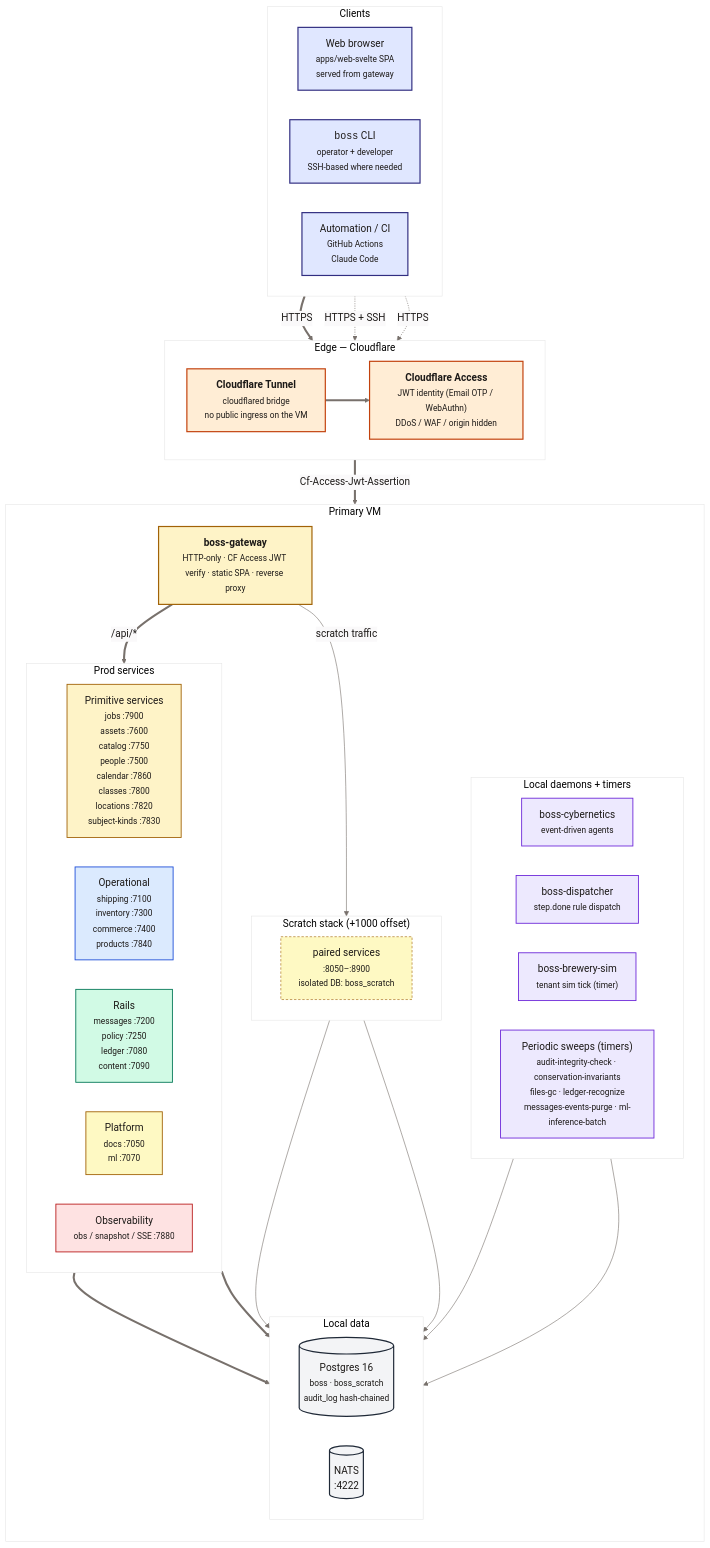
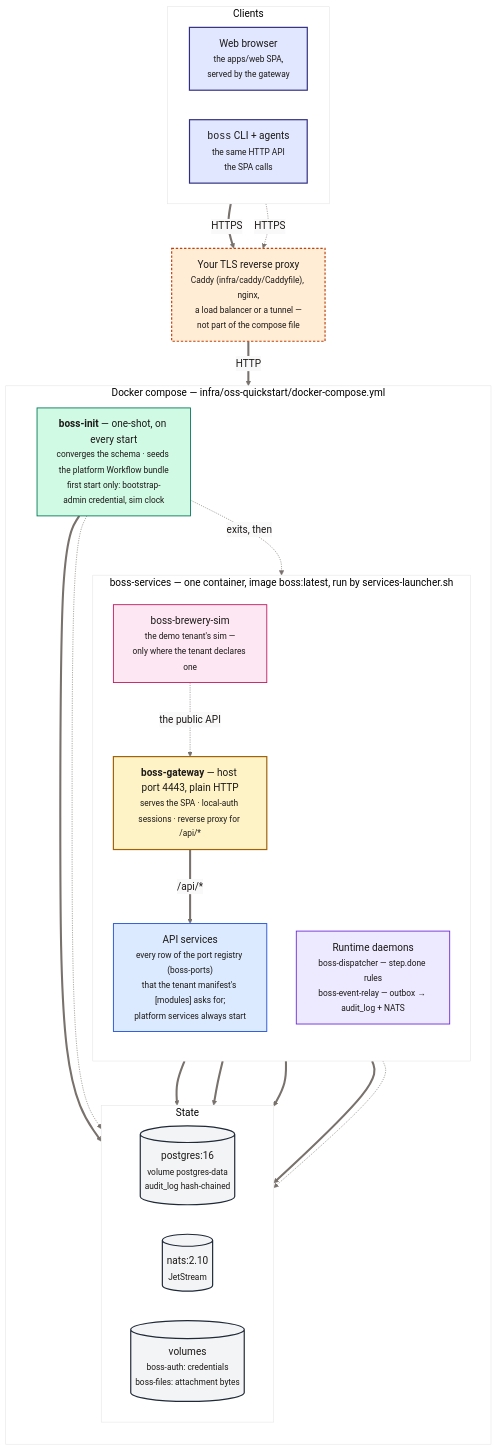
The diagram in docs/architecture/03-deployment.mmd (algedonic-dev/boss), drawn with Mermaid before and after one commit. The commit also changed 1901 other files, not shown here.

```diff
--- a/docs/architecture/03-deployment.mmd
+++ b/docs/architecture/03-deployment.mmd
@@ -1,90 +1,74 @@
 %%{init: {'theme':'base', 'themeVariables': { 'primaryColor':'#fafaf9', 'primaryBorderColor':'#57534e', 'primaryTextColor':'#1c1917', 'lineColor':'#78716c', 'fontFamily':'ui-sans-serif, system-ui, sans-serif', 'fontSize':'17px'}}}%%
 flowchart TB
+    %% What a deployer runs: infra/oss-quickstart (backlog 34717528,
+    %% decided 2026-09-25). The KB ships with every instance of the
+    %% open-source release, so this is the release's topology, not ours.
+    %% Where a given instance runs is its estate registry, rendered live
+    %% at /it/estate; drawing that here would be a second copy. Per-service
+    %% ports are not repeated here either: 02-service-map.mmd carries them,
+    %% pinned to boss-ports.
 
     subgraph Clients ["Clients"]
         direction LR
-        WEB["Web browser<br/><small>apps/web-svelte SPA<br/>served from gateway</small>"]
-        CLI["<code>boss</code> CLI<br/><small>operator + developer<br/>SSH-based where needed</small>"]
-        AUTO["Automation / CI<br/><small>GitHub Actions<br/>Claude Code</small>"]
+        WEB["Web browser<br/><small>the apps/web SPA,<br/>served by the gateway</small>"]
+        CLI["<code>boss</code> CLI + agents<br/><small>the same HTTP API<br/>the SPA calls</small>"]
     end
 
-    subgraph Edge ["Edge &mdash; Cloudflare"]
-        direction LR
-        CFA["<b>Cloudflare Access</b><br/><small>JWT identity (Email OTP / WebAuthn)<br/>DDoS / WAF / origin hidden</small>"]
-        CFT["<b>Cloudflare Tunnel</b><br/><small>cloudflared bridge<br/>no public ingress on the VM</small>"]
-    end
+    PROXY["Your TLS reverse proxy<br/><small>Caddy (infra/caddy/Caddyfile), nginx,<br/>a load balancer or a tunnel &mdash;<br/>not part of the compose file</small>"]
 
-    subgraph Manager ["Primary VM"]
+    subgraph Compose ["Docker compose &mdash; infra/oss-quickstart/docker-compose.yml"]
         direction TB
-        GATEWAY["<b>boss-gateway</b><br/><small>HTTP-only &middot; CF Access JWT verify &middot; static SPA &middot; reverse proxy</small>"]
 
-        subgraph ProdStack ["Prod services"]
-            direction LR
-            P_PRIM["Primitive services<br/><small>jobs :7900<br/>assets :7600<br/>catalog :7750<br/>people :7500<br/>calendar :7860<br/>classes :7800<br/>locations :7820<br/>subject-kinds :7830</small>"]
-            P_OPS["Operational<br/><small>shipping :7100<br/>inventory :7300<br/>commerce :7400<br/>products :7840</small>"]
-            P_RAIL["Rails<br/><small>messages :7200<br/>policy :7250<br/>ledger :7080<br/>content :7090</small>"]
-            P_PLAT["Platform<br/><small>docs :7050<br/>ml :7070</small>"]
-            P_OBS["Observability<br/><small>obs / snapshot / SSE :7880</small>"]
+        INIT["<b>boss-init</b> &mdash; one-shot, on every start<br/><small>converges the schema &middot; seeds the platform Workflow bundle<br/>first start only: bootstrap-admin credential, sim clock</small>"]
+
+        subgraph Services ["boss-services &mdash; one container, image boss:latest, run by services-launcher.sh"]
+            direction TB
+            GATEWAY["<b>boss-gateway</b> &mdash; host port 4443, plain HTTP<br/><small>serves the SPA &middot; local-auth sessions &middot; reverse proxy for /api/*</small>"]
+            APIS["API services<br/><small>every row of the port registry (boss-ports)<br/>that the tenant manifest's [modules] asks for;<br/>platform services always start</small>"]
+            DAEMONS["Runtime daemons<br/><small>boss-dispatcher &mdash; step.done rules<br/>boss-event-relay &mdash; outbox &rarr; audit_log + NATS</small>"]
+            SIM["boss-brewery-sim<br/><small>the demo tenant's sim &mdash;<br/>only where the tenant declares one</small>"]
         end
 
-        subgraph ScratchStack ["Scratch stack (+1000 offset)"]
+        subgraph Data ["State"]
             direction LR
-            SCR["paired services<br/><small>:8050&ndash;:8900<br/>isolated DB: boss_scratch</small>"]
-        end
-
-        subgraph Daemons ["Local daemons + timers"]
-            direction LR
-            D1["boss-cybernetics<br/><small>event-driven agents</small>"]
-            D2["boss-dispatcher<br/><small>step.done rule dispatch</small>"]
-            D3["boss-brewery-sim<br/><small>tenant sim tick (timer)</small>"]
-            D4["Periodic sweeps (timers)<br/><small>audit-integrity-check &middot; conservation-invariants<br/>files-gc &middot; ledger-recognize<br/>messages-events-purge &middot; ml-inference-batch</small>"]
-        end
-
-        subgraph DataLocal ["Local data"]
-            direction LR
-            PG[("Postgres 16<br/><small>boss &middot; boss_scratch<br/>audit_log hash-chained</small>")]
-            NATS_N[("NATS<br/>:4222")]
+            PG[("postgres:16<br/><small>volume postgres-data<br/>audit_log hash-chained</small>")]
+            NATS_N[("nats:2.10<br/><small>JetStream</small>")]
+            VOL[("volumes<br/><small>boss-auth: credentials<br/>boss-files: attachment bytes</small>")]
         end
     end
 
     %% Client traffic
-    WEB ==>|"HTTPS"| CFT
-    CLI -.->|"HTTPS + SSH"| CFT
-    AUTO -.->|"HTTPS"| CFT
-    CFT ==> CFA
-    CFA ==>|"Cf-Access-Jwt-Assertion"| GATEWAY
+    WEB ==>|"HTTPS"| PROXY
+    CLI -.->|"HTTPS"| PROXY
+    PROXY ==>|"HTTP"| GATEWAY
 
-    %% Gateway routing
-    GATEWAY ==>|"/api/*"| ProdStack
-    GATEWAY -->|"scratch traffic"| ScratchStack
+    %% Inside the container
+    GATEWAY ==>|"/api/*"| APIS
+    SIM -.->|"the public API"| GATEWAY
 
-    %% Service deps
-    ProdStack ==> PG
-    ProdStack ==> NATS_N
-    ScratchStack --> PG
-    ScratchStack --> NATS_N
-    Daemons --> NATS_N
-    Daemons --> PG
+    %% Start order and state
+    INIT -.->|"exits, then"| Services
+    INIT ==> PG
+    INIT -.-> VOL
+    APIS ==> PG
+    APIS ==> NATS_N
+    DAEMONS ==> NATS_N
+    DAEMONS ==> PG
+    Services -.-> VOL
 
     classDef client fill:#e0e7ff,stroke:#312e81,stroke-width:2px
-    classDef edge fill:#ffedd5,stroke:#c2410c,stroke-width:2px
+    classDef edge fill:#ffedd5,stroke:#c2410c,stroke-width:2px,stroke-dasharray:4 3
     classDef gw fill:#fef3c7,stroke:#a16207,stroke-width:2px
-    classDef prim fill:#fef3c7,stroke:#a16207,stroke-width:1.5px
-    classDef ops fill:#dbeafe,stroke:#1d4ed8,stroke-width:1.5px
-    classDef rail fill:#d1fae5,stroke:#047857,stroke-width:1.5px
-    classDef platform fill:#fef9c3,stroke:#a16207,stroke-width:1.5px
-    classDef obsbox fill:#fee2e2,stroke:#b91c1c,stroke-width:1.5px
-    classDef scratch fill:#fef9c3,stroke:#a16207,stroke-width:1px,stroke-dasharray:4 3
+    classDef svc fill:#dbeafe,stroke:#1d4ed8,stroke-width:1.5px
+    classDef init fill:#d1fae5,stroke:#047857,stroke-width:1.5px
+    classDef tenant fill:#fce7f3,stroke:#be185d,stroke-width:1.5px
     classDef daemon fill:#ede9fe,stroke:#6d28d9,stroke-width:1.5px
     classDef store fill:#f3f4f6,stroke:#1f2937,stroke-width:2px
-    class WEB,CLI,AUTO client
-    class CFA,CFT edge
+    class WEB,CLI client
+    class PROXY edge
     class GATEWAY gw
-    class P_PRIM prim
-    class P_OPS ops
-    class P_RAIL rail
-    class P_PLAT platform
-    class P_OBS obsbox
-    class SCR scratch
-    class D1,D2,D3,D4 daemon
-    class PG,NATS_N store
+    class APIS svc
+    class INIT init
+    class SIM tenant
+    class DAEMONS daemon
+    class PG,NATS_N,VOL store
```
